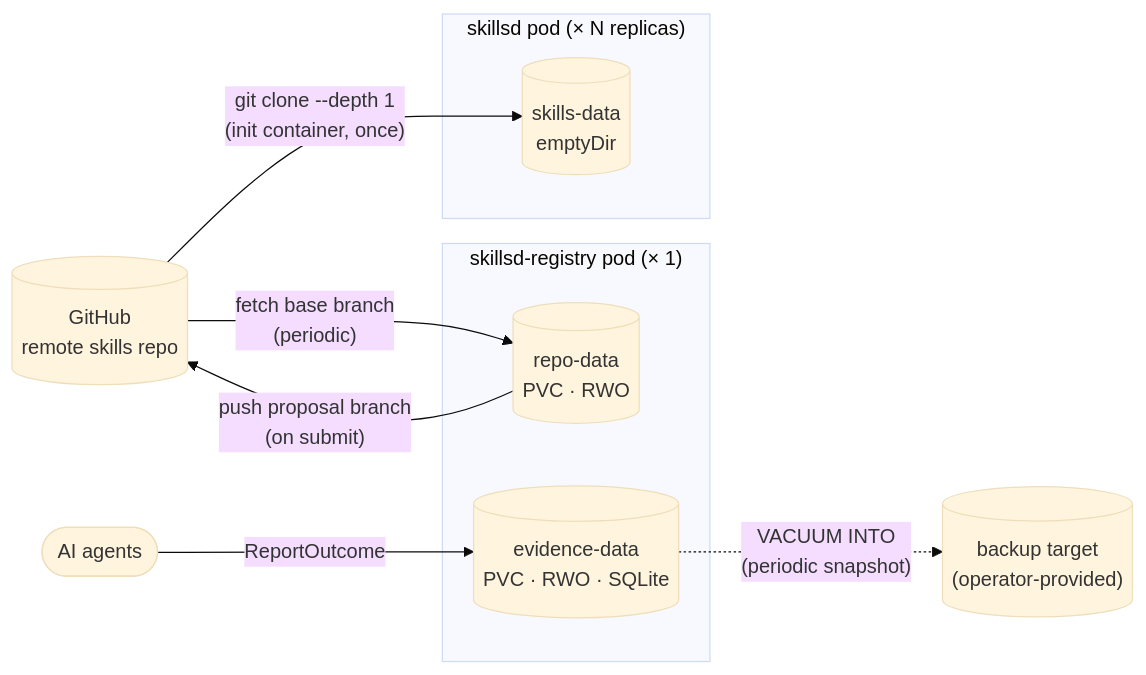
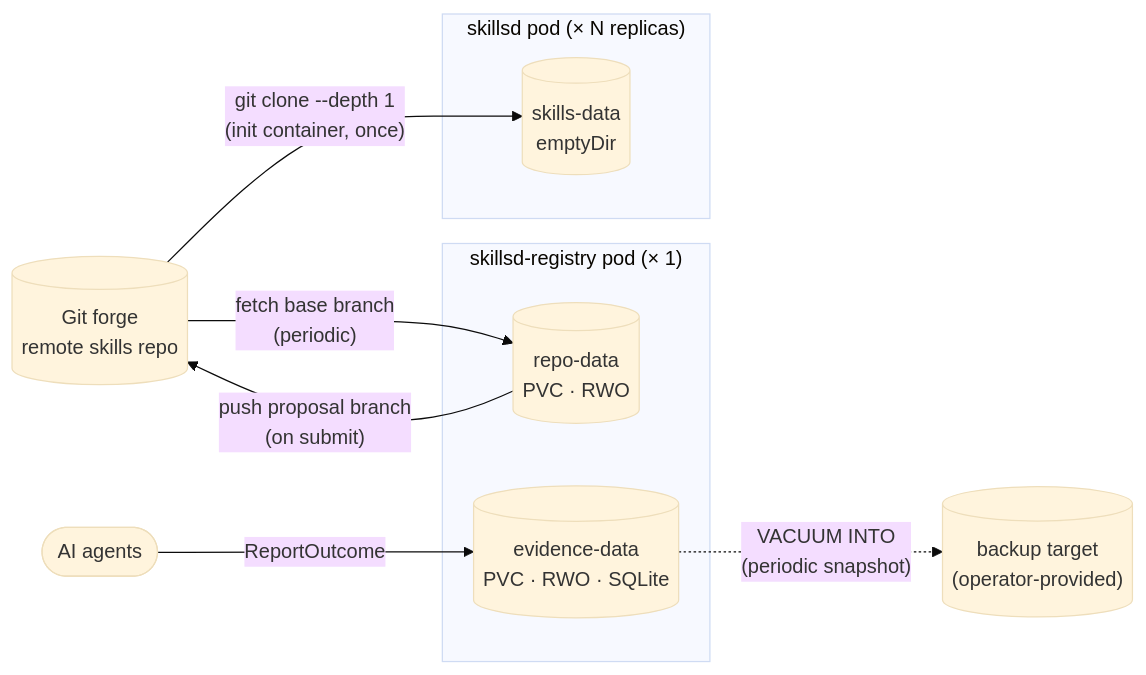
The diagram in docs/data-stores.md (araghukas/skillset), drawn with Mermaid (base theme) before and after one commit. The commit also changed other lines of this file and 3 other files, not shown here.

````diff
--- a/docs/data-stores.md
+++ b/docs/data-stores.md
@@ -7,19 +7,19 @@
 ```mermaid
 flowchart LR
-  GH[("GitHub\nremote skills repo")]
+  GH[("Git forge\nremote skills repo")]
 
   subgraph Pod1["skillsd pod (× N replicas)"]
     SV1[("skills-data\nemptyDir")]
   end
 
   subgraph RegPod["skillsd-registry pod (× 1)"]
     RV[("repo-data\nPVC · RWO")]
     EV[("evidence-data\nPVC · RWO · SQLite")]
   end
 
   GH -- "git clone --depth 1\n(init container, once)" --> SV1
   GH -- "fetch base branch\n(periodic)" --> RV
   RV -- "push proposal branch\n(on submit)" --> GH
   Agents(["AI agents"]) -- "ReportOutcome" --> EV
   EV -. "VACUUM INTO\n(periodic snapshot)" .-> Backup[("backup target\n(operator-provided)")]
 ```
````
